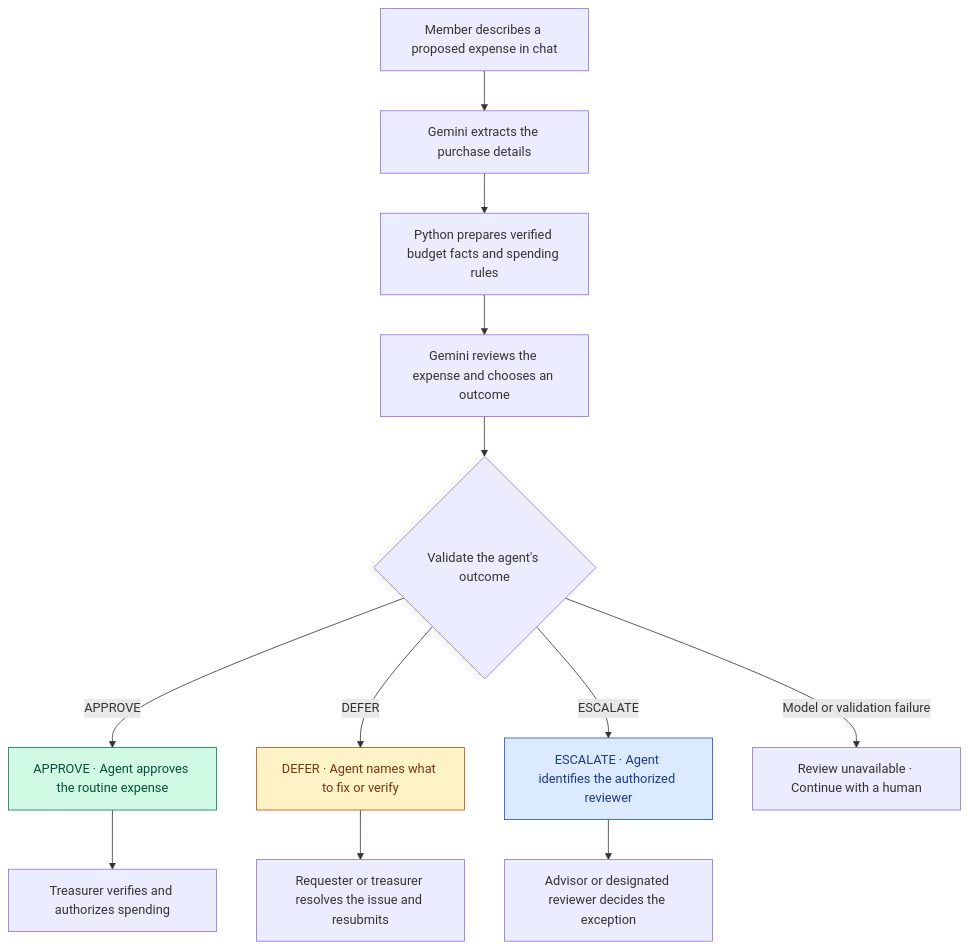
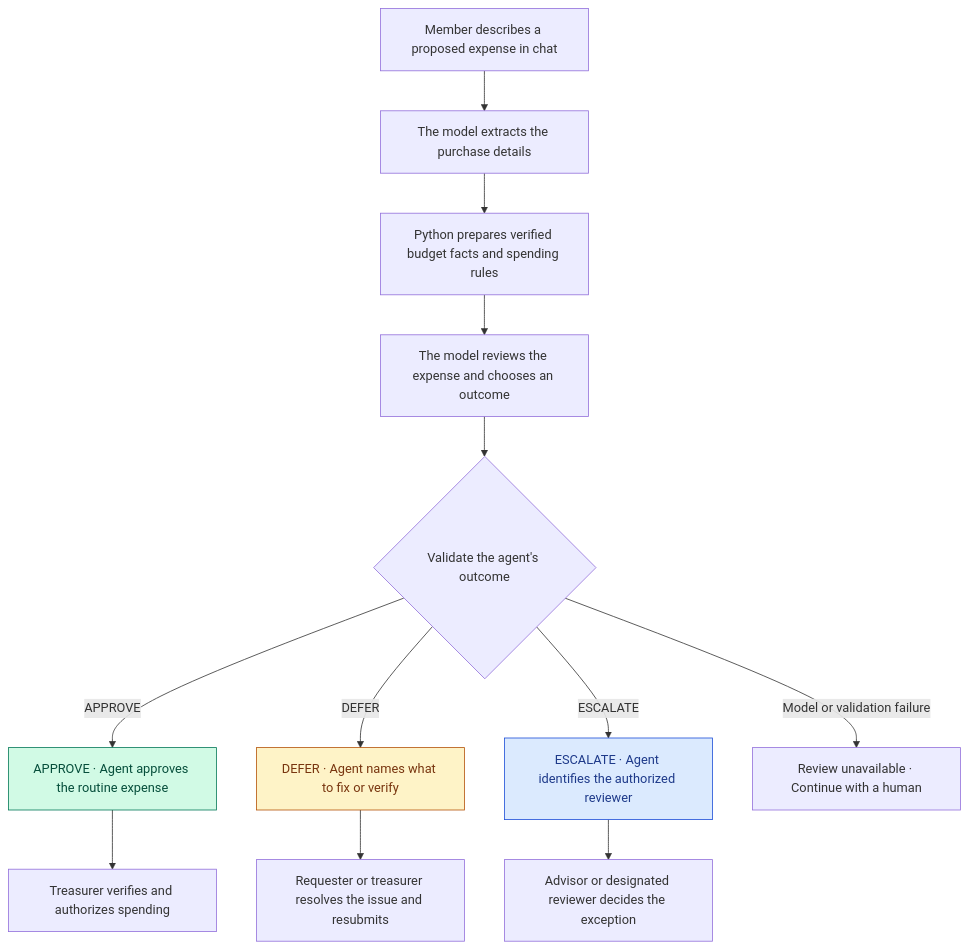
One commit to tom4247/Campus-spending-review-agent changed the first of 4 diagrams in README.md. Above: the diagram before and after it, drawn with Mermaid. The commit also changed other lines of this file and 10 other files, not shown here.

Commit message:
Add low-cost OpenAI purchase chat provider

````diff
--- a/README.md
+++ b/README.md
@@ -11,20 +11,20 @@
 ```mermaid
 flowchart TD
-    request["Member describes a proposed expense in chat"] --> details["Gemini extracts the purchase details"]
+    request["Member describes a proposed expense in chat"] --> details["The model extracts the purchase details"]
     details --> evidence["Python prepares verified budget facts and spending rules"]
-    evidence --> decision["Gemini reviews the expense and chooses an outcome"]
+    evidence --> decision["The model reviews the expense and chooses an outcome"]
     decision --> validation{"Validate the agent's outcome"}
     validation -->|"APPROVE"| approved["APPROVE · Agent approves the routine expense"]
     validation -->|"DEFER"| deferred["DEFER · Agent names what to fix or verify"]
     validation -->|"ESCALATE"| escalated["ESCALATE · Agent identifies the authorized reviewer"]
     validation -->|"Model or validation failure"| unavailable["Review unavailable · Continue with a human"]
     approved --> routine["Treasurer verifies and authorizes spending"]
     deferred --> resubmit["Requester or treasurer resolves the issue and resubmits"]
     escalated --> exception["Advisor or designated reviewer decides the exception"]
     classDef approval fill:#d1fae5,stroke:#047857,color:#064e3b
     classDef deferral fill:#fef3c7,stroke:#b45309,color:#78350f
     classDef escalation fill:#dbeafe,stroke:#1d4ed8,color:#1e3a8a
     class approved approval
     class deferred deferral
     class escalated escalation
 ```
````
